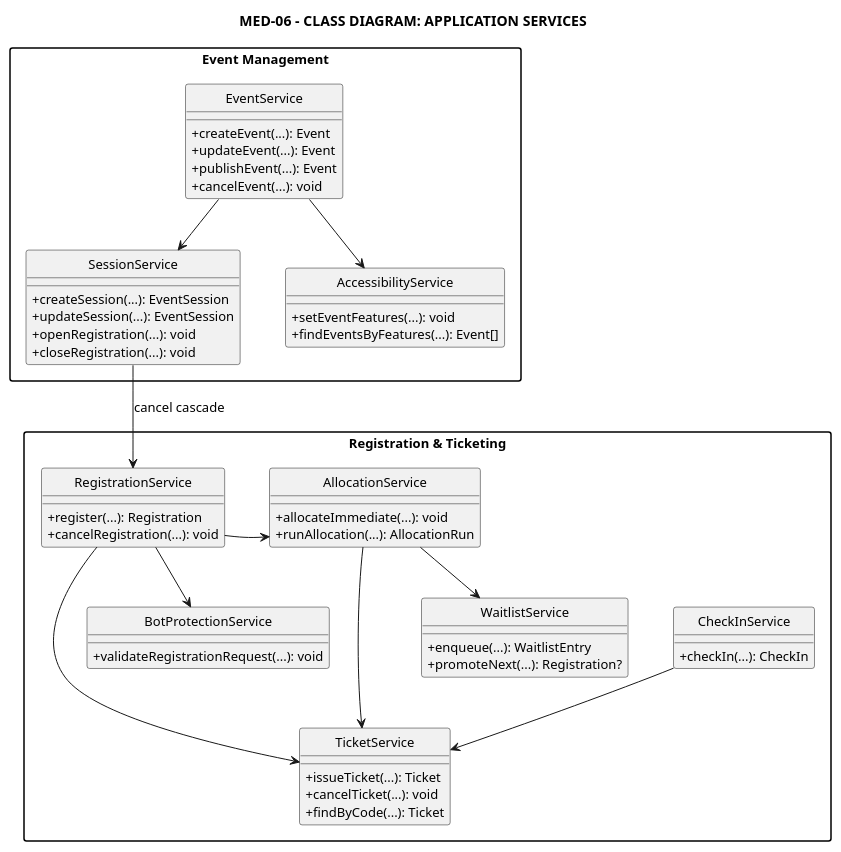
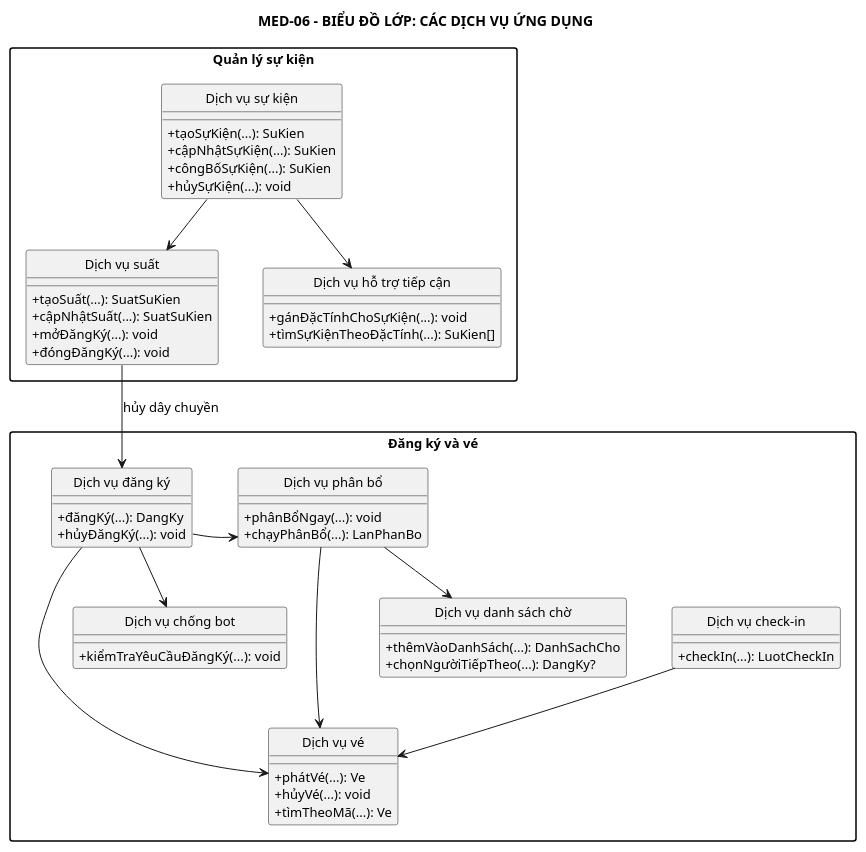
One commit to anh632k-ui/OOP-DoAn changed the diagram in PTTK/03_ClassDiagram/02-class-diagram-services.puml. Above: the diagram before and after it, drawn with PlantUML.

Commit message:
docs(tv): Việt hóa biểu đồ dịch vụ

```diff
--- a/PTTK/03_ClassDiagram/02-class-diagram-services.puml
+++ b/PTTK/03_ClassDiagram/02-class-diagram-services.puml
@@ -1,77 +1,75 @@
 @startuml
 top to bottom direction
 skinparam monochrome true
 skinparam shadowing false
 skinparam classAttributeIconSize 0
 skinparam defaultFontSize 13
 skinparam packageStyle rectangle
 skinparam nodesep 45
 skinparam ranksep 50
 hide circle
 hide stereotypes
 
-title MED-06 - CLASS DIAGRAM: APPLICATION SERVICES
+title MED-06 - BIỂU ĐỒ LỚP: CÁC DỊCH VỤ ỨNG DỤNG
 
-package "Event Management" {
-  class EventService {
-    + createEvent(...): Event
-    + updateEvent(...): Event
-    + publishEvent(...): Event
-    + cancelEvent(...): void
+package "Quản lý sự kiện" {
+  class "Dịch vụ sự kiện" as DVSuKien {
+    + tạoSựKiện(...): SuKien
+    + cậpNhậtSựKiện(...): SuKien
+    + côngBốSựKiện(...): SuKien
+    + hủySựKiện(...): void
   }
-  class SessionService {
-    + createSession(...): EventSession
-    + updateSession(...): EventSession
-    + openRegistration(...): void
-    + closeRegistration(...): void
+  class "Dịch vụ suất" as DVSuat {
+    + tạoSuất(...): SuatSuKien
+    + cậpNhậtSuất(...): SuatSuKien
+    + mởĐăngKý(...): void
+    + đóngĐăngKý(...): void
   }
-  class AccessibilityService {
-    + setEventFeatures(...): void
-    + findEventsByFeatures(...): Event[]
+  class "Dịch vụ hỗ trợ tiếp cận" as DVHoTro {
+    + gánĐặcTínhChoSựKiện(...): void
+    + tìmSựKiệnTheoĐặcTính(...): SuKien[]
+  }
+  DVSuKien --> DVSuat
+  DVSuKien --> DVHoTro
+}
+
+package "Đăng ký và vé" {
+  class "Dịch vụ đăng ký" as DVDangKy {
+    + đăngKý(...): DangKy
+    + hủyĐăngKý(...): void
+  }
+  class "Dịch vụ chống bot" as DVChongBot {
+    + kiểmTraYêuCầuĐăngKý(...): void
+  }
+  class "Dịch vụ phân bổ" as DVPhanBo {
+    + phânBổNgay(...): void
+    + chạyPhânBổ(...): LanPhanBo
+  }
+  class "Dịch vụ danh sách chờ" as DVDanhSachCho {
+    + thêmVàoDanhSách(...): DanhSachCho
+    + chọnNgườiTiếpTheo(...): DangKy?
+  }
+  class "Dịch vụ vé" as DVVe {
+    + phátVé(...): Ve
+    + hủyVé(...): void
+    + tìmTheoMã(...): Ve
+  }
+  class "Dịch vụ check-in" as DVCheckIn {
+    + checkIn(...): LuotCheckIn
   }
 
-  EventService --> SessionService
-  EventService --> AccessibilityService
+  DVDangKy --> DVChongBot
+  DVDangKy --> DVPhanBo
+  DVPhanBo --> DVDanhSachCho
+  DVPhanBo --> DVVe
+  DVDangKy --> DVVe
+  DVCheckIn --> DVVe
+
+  DVDangKy -[hidden]right- DVPhanBo
+  DVPhanBo -[hidden]right- DVVe
+  DVChongBot -[hidden]right- DVDanhSachCho
+  DVDanhSachCho -[hidden]right- DVCheckIn
 }
 
-package "Registration & Ticketing" {
-  class RegistrationService {
-    + register(...): Registration
-    + cancelRegistration(...): void
-  }
-  class BotProtectionService {
-    + validateRegistrationRequest(...): void
-  }
-  class AllocationService {
-    + allocateImmediate(...): void
-    + runAllocation(...): AllocationRun
-  }
-  class WaitlistService {
-    + enqueue(...): WaitlistEntry
-    + promoteNext(...): Registration?
-  }
-  class TicketService {
-    + issueTicket(...): Ticket
-    + cancelTicket(...): void
-    + findByCode(...): Ticket
-  }
-  class CheckInService {
-    + checkIn(...): CheckIn
-  }
-
-  RegistrationService --> BotProtectionService
-  RegistrationService --> AllocationService
-  AllocationService --> WaitlistService
-  AllocationService --> TicketService
-  RegistrationService --> TicketService
-  CheckInService --> TicketService
-
-  RegistrationService -[hidden]right- AllocationService
-  AllocationService -[hidden]right- TicketService
-  BotProtectionService -[hidden]right- WaitlistService
-  WaitlistService -[hidden]right- CheckInService
-}
-
-SessionService --> RegistrationService : cancel cascade
-
+DVSuat --> DVDangKy : hủy dây chuyền
 @enduml
```
